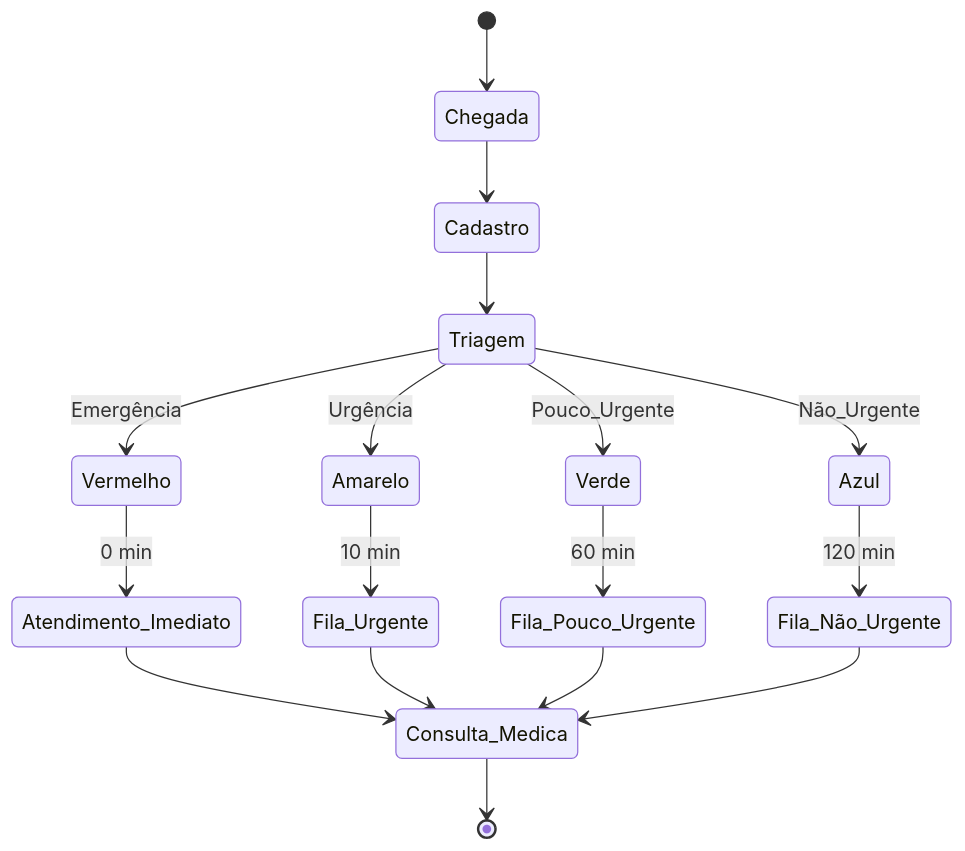
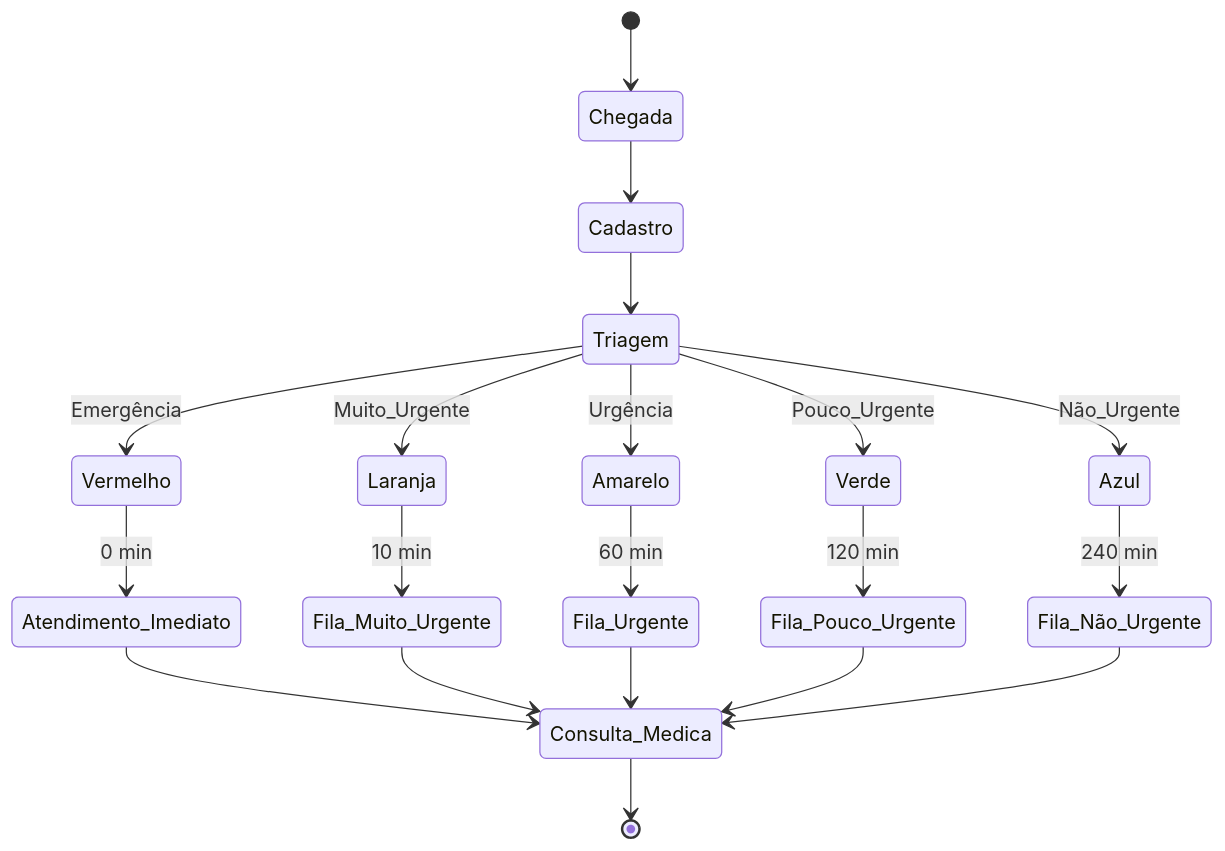
The second of 12 diagrams in docs/requeriments/use-flow.md (marcosferreira/prontoatendimento), drawn with Mermaid before and after one commit. The commit also changed other lines of this file and 18 other files, not shown here.

````diff
--- a/docs/requeriments/use-flow.md
+++ b/docs/requeriments/use-flow.md
@@ -77,22 +80,25 @@
 ```mermaid
 stateDiagram-v2
     [*] --> Chegada
     Chegada --> Cadastro
     Cadastro --> Triagem
     Triagem --> Vermelho: Emergência
+    Triagem --> Laranja: Muito_Urgente
     Triagem --> Amarelo: Urgência
     Triagem --> Verde: Pouco_Urgente
     Triagem --> Azul: Não_Urgente
     
     Vermelho --> Atendimento_Imediato: 0 min
-    Amarelo --> Fila_Urgente: 10 min
-    Verde --> Fila_Pouco_Urgente: 60 min
-    Azul --> Fila_Não_Urgente: 120 min
+    Laranja --> Fila_Muito_Urgente: 10 min
+    Amarelo --> Fila_Urgente: 60 min
+    Verde --> Fila_Pouco_Urgente: 120 min
+    Azul --> Fila_Não_Urgente: 240 min
     
     Atendimento_Imediato --> Consulta_Medica
+    Fila_Muito_Urgente --> Consulta_Medica
     Fila_Urgente --> Consulta_Medica
     Fila_Pouco_Urgente --> Consulta_Medica
     Fila_Não_Urgente --> Consulta_Medica
     
     Consulta_Medica --> [*]
 ```
````
